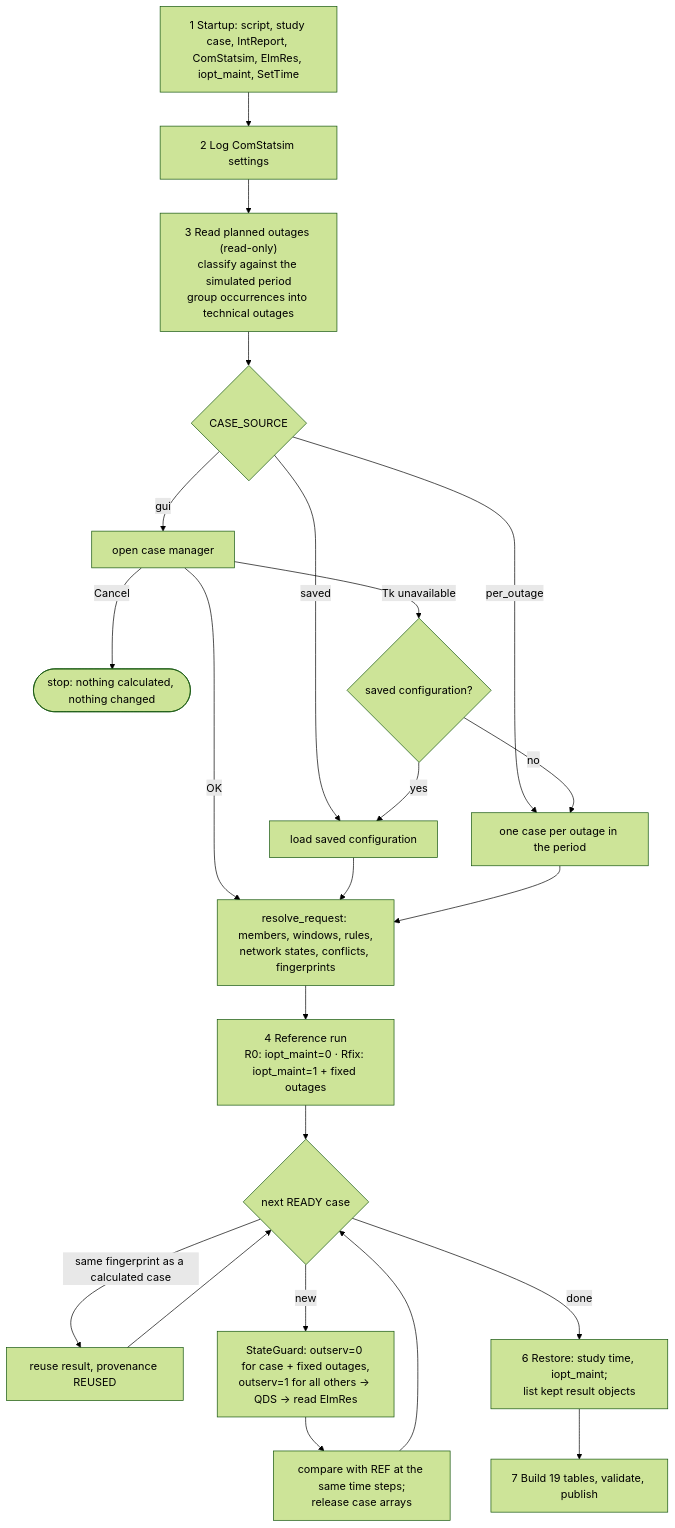
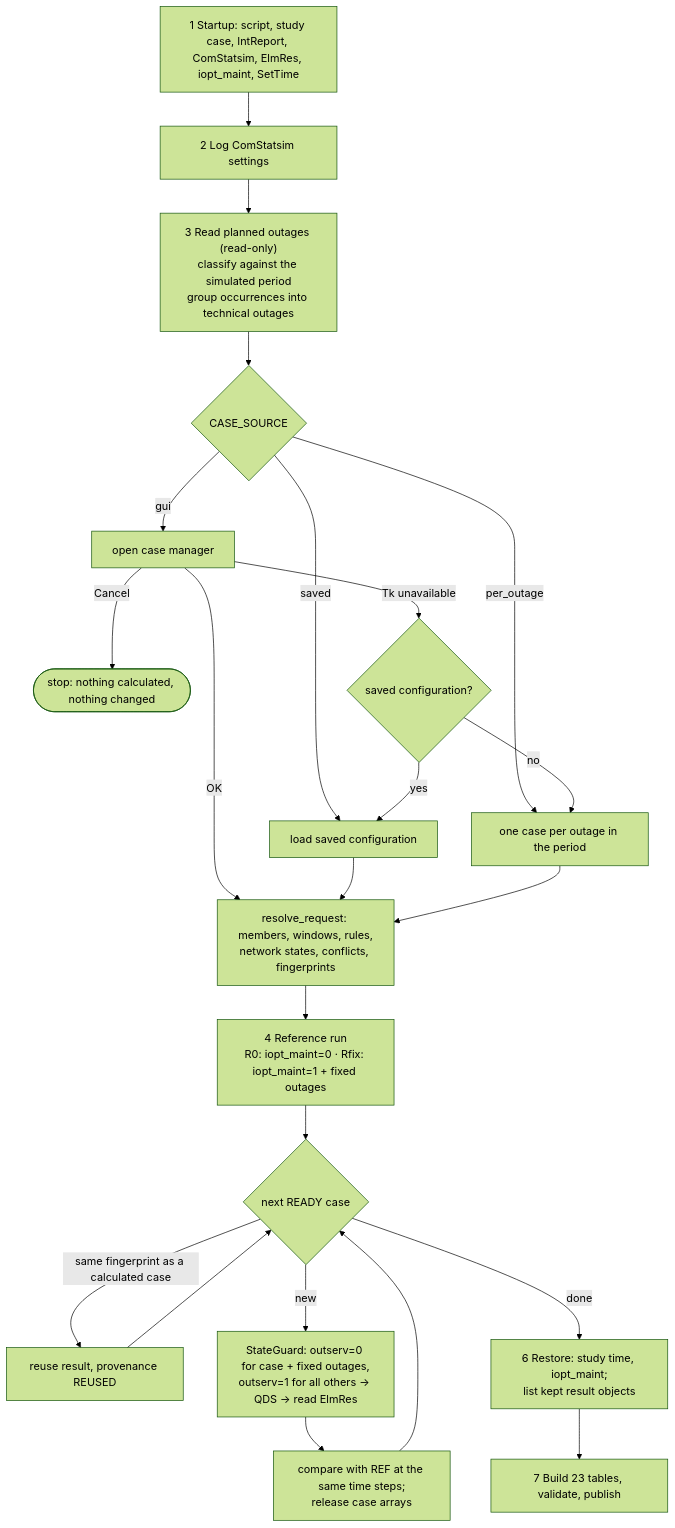
One commit to hadiibrahim-Engin/GridLensAssessment changed the second of 8 diagrams in docs/ARCHITECTURE.md. Above: the diagram before and after it, drawn with Mermaid (forest theme). The commit also changed other lines of this file and 64 other files, not shown here.

````diff
--- a/docs/ARCHITECTURE.md
+++ b/docs/ARCHITECTURE.md
@@ -153,25 +153,25 @@
 ```mermaid
 flowchart TD
     S1["1 Startup: script, study case, IntReport, ComStatsim, ElmRes, iopt_maint, SetTime"] --> S2["2 Log ComStatsim settings"]
     S2 --> S3["3 Read planned outages (read-only)<br/>classify against the simulated period<br/>group occurrences into technical outages"]
     S3 --> SRC{"CASE_SOURCE"}
     SRC -- per_outage --> PO["one case per outage in the period"]
     SRC -- saved --> SV["load saved configuration"]
     SRC -- gui --> G["open case manager"]
     G -- Cancel --> X(["stop: nothing calculated, nothing changed"])
     G -- "Tk unavailable" --> FB{"saved configuration?"}
     FB -- yes --> SV
     FB -- no --> PO
     G -- OK --> RQ
     SV --> RQ
     PO --> RQ["resolve_request: members, windows, rules,<br/>network states, conflicts, fingerprints"]
     RQ --> S4["4 Reference run<br/>R0: iopt_maint=0 · Rfix: iopt_maint=1 + fixed outages"]
     S4 --> LOOP{"next READY case"}
     LOOP -- "same fingerprint as a calculated case" --> REUSE["reuse result, provenance REUSED"]
     LOOP -- new --> RUN["StateGuard: outserv=0 for case + fixed outages,<br/>outserv=1 for all others → QDS → read ElmRes"]
     RUN --> CMP["compare with REF at the same time steps;<br/>release case arrays"]
     CMP --> LOOP
     REUSE --> LOOP
     LOOP -- done --> S6["6 Restore: study time, iopt_maint;<br/>list kept result objects"]
-    S6 --> S7["7 Build 19 tables, validate, publish"]
+    S6 --> S7["7 Build 23 tables, validate, publish"]
 ```
````
